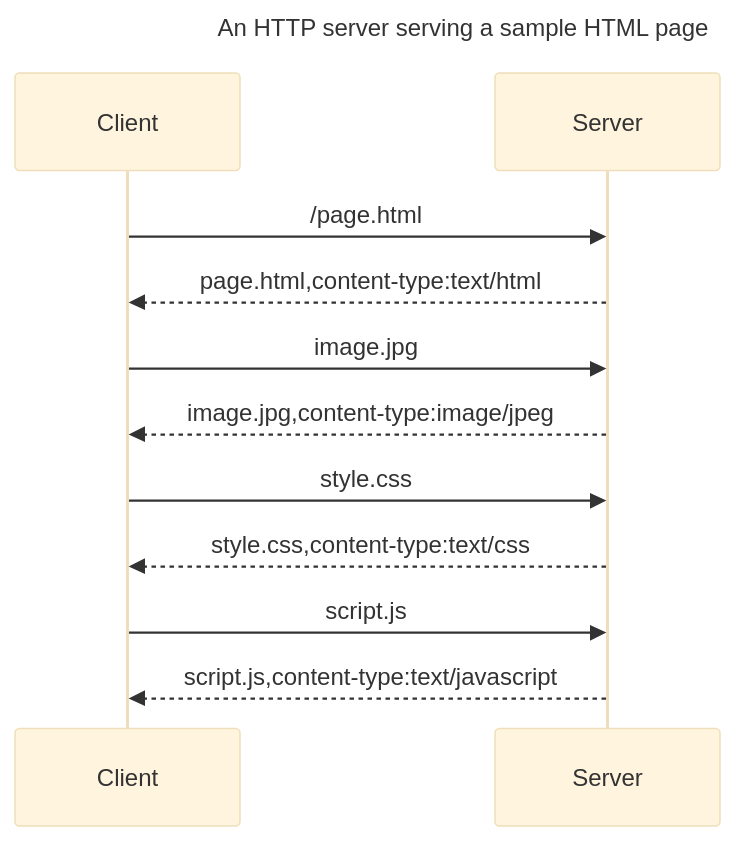
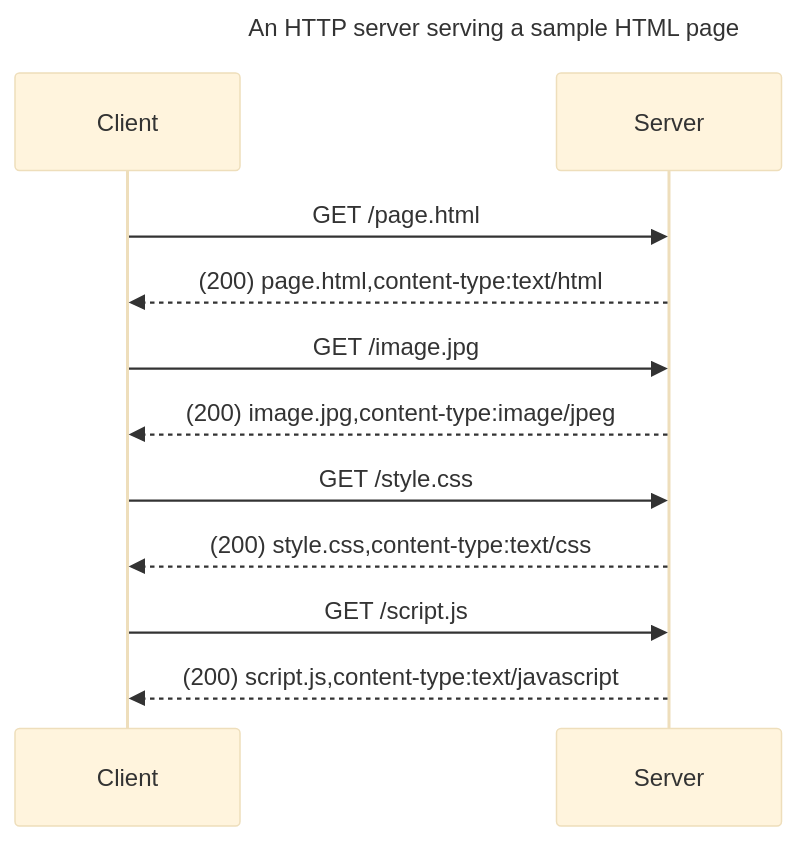
One commit to gharials/dev-path changed the diagram in docs/internet-web/websites.md. Above: the diagram before and after it, drawn with Mermaid (base theme).

Commit message:
'websites': annotated diagram.

````diff
--- a/docs/internet-web/websites.md
+++ b/docs/internet-web/websites.md
@@ -9,14 +9,14 @@
 ```mermaid
 ---
 title: An HTTP server serving a sample HTML page
 ---
 sequenceDiagram
-    Client->>Server: /page.html
-    Server-->>Client: page.html,content-type:text/html
-    Client->>Server: image.jpg
-    Server-->>Client: image.jpg,content-type:image/jpeg
-    Client->>Server: style.css
-    Server-->>Client: style.css,content-type:text/css
-    Client->>Server: script.js
-    Server-->>Client: script.js,content-type:text/javascript
+    Client->>Server: GET /page.html
+    Server-->>Client: (200) page.html,content-type:text/html
+    Client->>Server: GET /image.jpg
+    Server-->>Client: (200) image.jpg,content-type:image/jpeg
+    Client->>Server: GET /style.css
+    Server-->>Client: (200) style.css,content-type:text/css
+    Client->>Server: GET /script.js
+    Server-->>Client: (200) script.js,content-type:text/javascript
 ```
````
